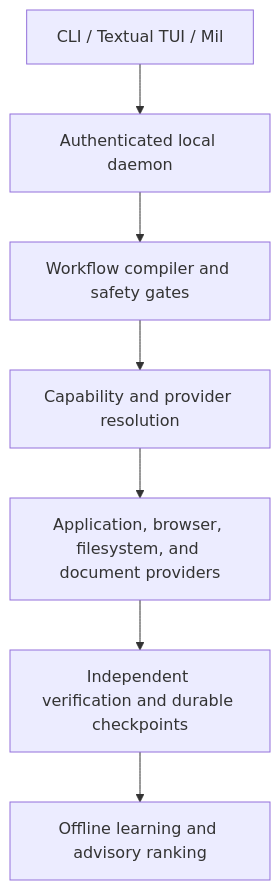
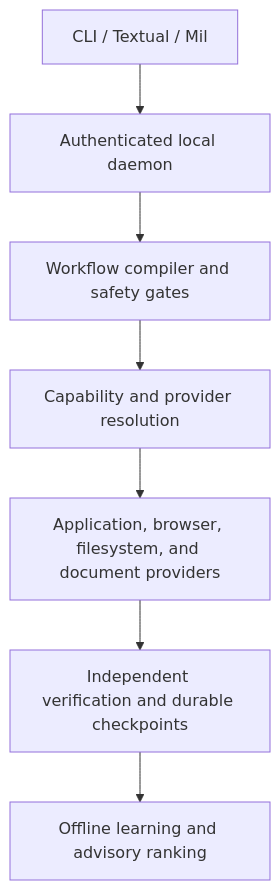
Before and after one commit to Israelobuk/mllminal: the diagram in README.md, drawn with Mermaid. The commit also changed other lines of this file and 1 other file, not shown here.

````diff
--- a/README.md
+++ b/README.md
@@ -25,9 +61,9 @@
 ```mermaid
 flowchart TD
-    A["CLI / Textual TUI / Mil"] --> B["Authenticated local daemon"]
+    A["CLI / Textual / Mil"] --> B["Authenticated local daemon"]
     B --> C["Workflow compiler and safety gates"]
     C --> D["Capability and provider resolution"]
     D --> E["Application, browser, filesystem, and document providers"]
     E --> F["Independent verification and durable checkpoints"]
     F --> G["Offline learning and advisory ranking"]
 ```
````
